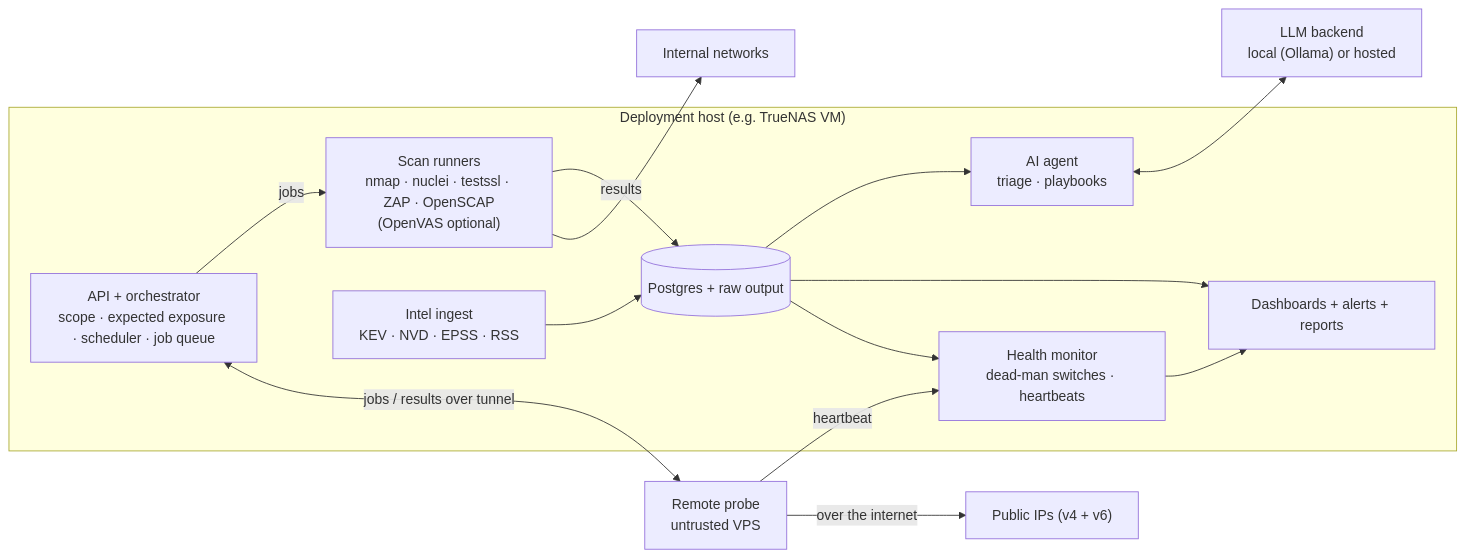
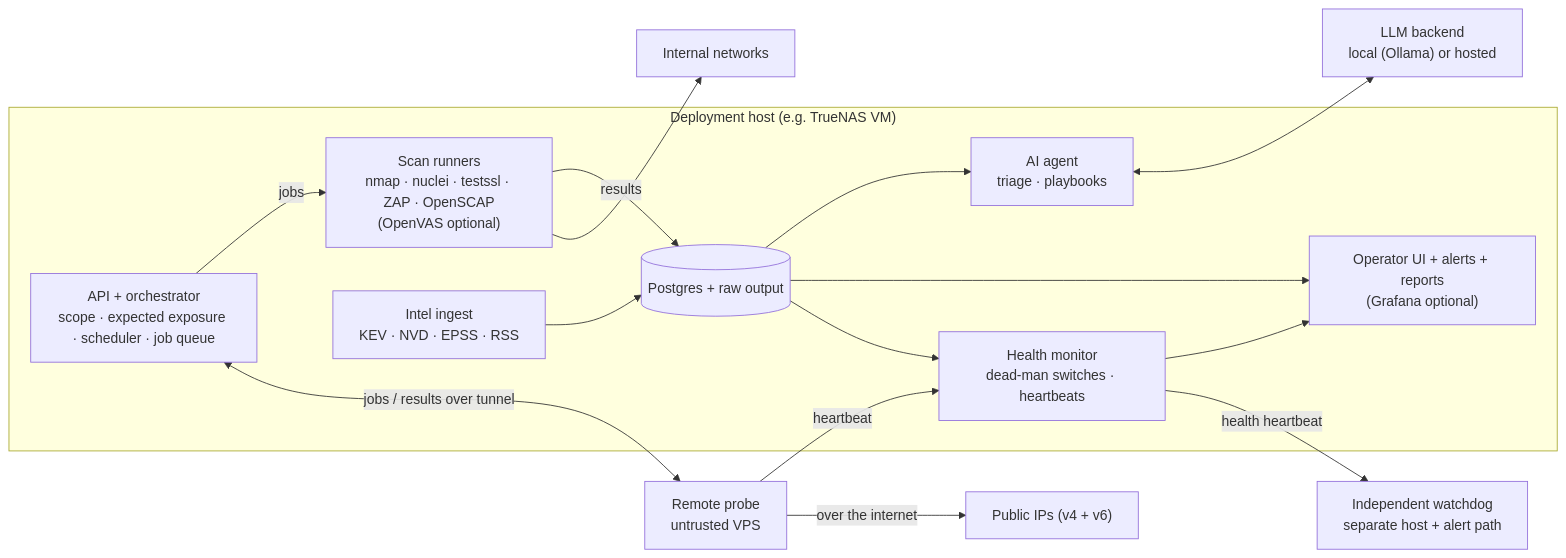
One commit to junglestyle/pen16 changed the diagram in docs/ARCHITECTURE.md. Above: the diagram before and after it, drawn with Mermaid. The commit also changed other lines of this file and 12 other files, not shown here.

````diff
--- a/docs/ARCHITECTURE.md
+++ b/docs/ARCHITECTURE.md
@@ -7,27 +9,29 @@
 ```mermaid
 flowchart LR
   subgraph host["Deployment host (e.g. TrueNAS VM)"]
     api["API + orchestrator<br/>scope · expected exposure · scheduler · job queue"]
     runners["Scan runners<br/>nmap · nuclei · testssl · ZAP · OpenSCAP<br/>(OpenVAS optional)"]
     db[("Postgres + raw output")]
     agent["AI agent<br/>triage · playbooks"]
     intel["Intel ingest<br/>KEV · NVD · EPSS · RSS"]
     health["Health monitor<br/>dead-man switches · heartbeats"]
-    ui["Dashboards + alerts + reports"]
+    ui["Operator UI + alerts + reports<br/>(Grafana optional)"]
   end
   probe["Remote probe<br/>untrusted VPS"]
   llm["LLM backend<br/>local (Ollama) or hosted"]
+  watchdog["Independent watchdog<br/>separate host + alert path"]
 
   api -- jobs --> runners
   runners -- results --> db
   api <-->|jobs / results over tunnel| probe
   intel --> db
   db --> agent
   agent <--> llm
   db --> ui
   db --> health
   probe -- heartbeat --> health
   health --> ui
+  health -- health heartbeat --> watchdog
   runners --> lan["Internal networks"]
   probe -->|over the internet| wan["Public IPs (v4 + v6)"]
 ```
````
